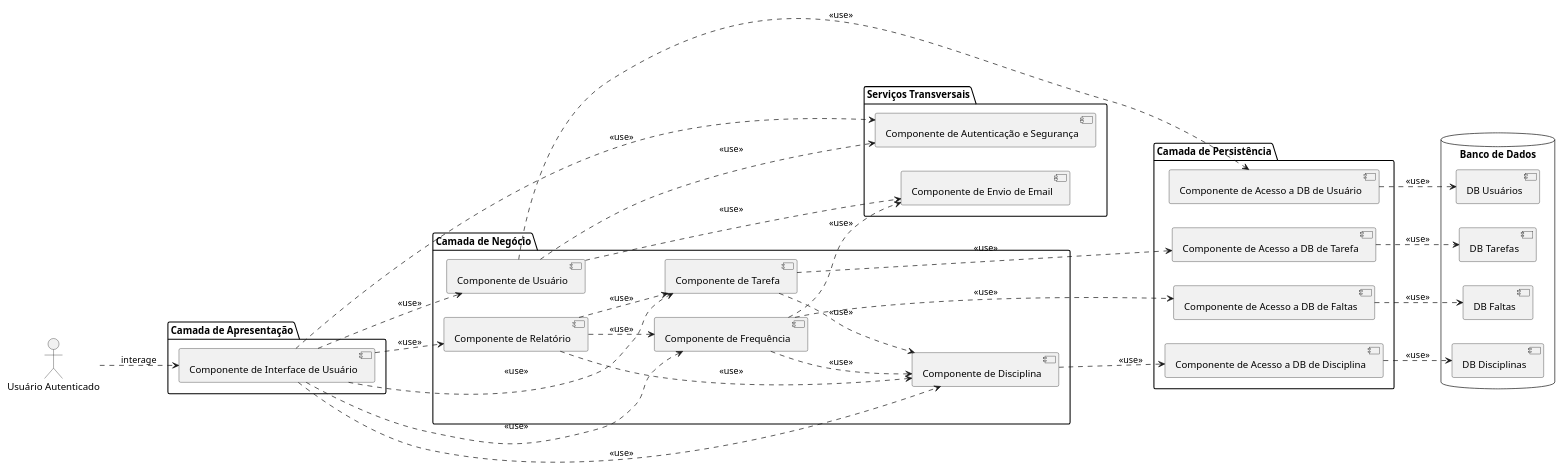
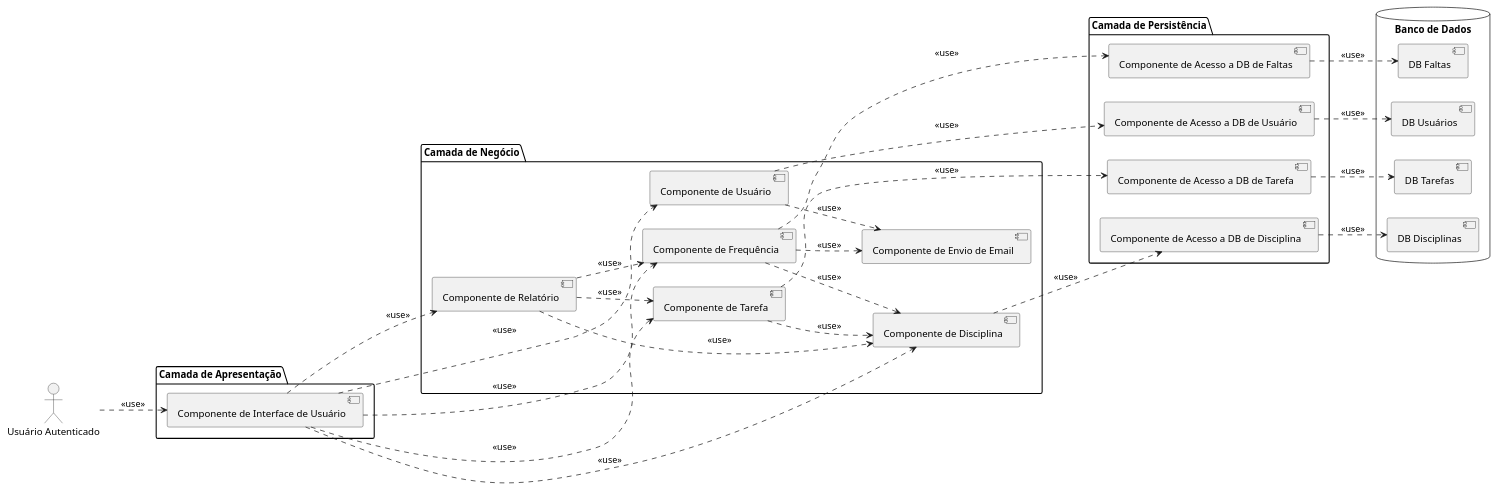
Before and after one commit to fcolona/ProjetoFinalAPOO: the diagram in componentes.puml, drawn with PlantUML. The commit also changed 1 other file, not shown here.

```diff
--- a/componentes.puml
+++ b/componentes.puml
@@ -1,78 +1,72 @@
 @startuml "Componentes"
 left to right direction
 ' -- Definição dos Elementos --
 
 actor :Usuário Autenticado: as user
 
 package "Camada de Apresentação" {
     [Componente de Interface de Usuário] as comp_interface
 }
 
 package "Camada de Negócio" {
     [Componente de Usuário] as comp_user
     [Componente de Disciplina] as comp_disc
     [Componente de Tarefa] as comp_task
     [Componente de Frequência] as comp_freq
     [Componente de Relatório] as comp_dashboard
-}
-
-package "Serviços Transversais" {
     [Componente de Envio de Email] as comp_email
-    [Componente de Autenticação e Segurança] as comp_auth
 }
 
 package "Camada de Persistência" {
     [Componente de Acesso a DB de Usuário] as access_user
     [Componente de Acesso a DB de Disciplina] as access_disc
     [Componente de Acesso a DB de Tarefa] as access_task
     [Componente de Acesso a DB de Faltas] as access_freq
 }
 
 database "Banco de Dados" {
     [DB Usuários]
     [DB Disciplinas]
     [DB Tarefas]
     [DB Faltas]
 }
 
 ' -- Relações --
 
 ' 1. Usuário interage com a interface
-user ..> comp_interface : interage
+user ..> comp_interface : <<use>>
 
 ' 2. Interface chama os controladores de negócio
-comp_interface ..> comp_auth : <<use>>
 comp_interface ..> comp_user : <<use>>
 comp_interface ..> comp_disc : <<use>>
 comp_interface ..> comp_task : <<use>>
 comp_interface ..> comp_freq : <<use>>
 comp_interface ..> comp_dashboard : <<use>>
 
 ' 3. Dependências entre Componentes de Negócio
 ' Uma tarefa precisa estar vinculada a uma disciplina
 comp_task ..> comp_disc : <<use>>
 ' A frequência é registrada dentro de uma disciplina
 comp_freq ..> comp_disc : <<use>>
 
-' 4. Dashboard agrega dados
+' 4. Relatório agrega dados
 comp_dashboard ..> comp_disc : <<use>>
 comp_dashboard ..> comp_task : <<use>>
 comp_dashboard ..> comp_freq : <<use>>
 
 ' 5. Serviços Transversais
 comp_user ..> comp_email : <<use>>
 comp_freq ..> comp_email : <<use>>
-comp_user ..> comp_auth : <<use>>
 
 ' 6. Conexão Negócio -> Persistência
 comp_user ..> access_user : <<use>>
 comp_disc ..> access_disc : <<use>>
 comp_task ..> access_task : <<use>>
 comp_freq ..> access_freq : <<use>>
 
 ' 7. Conexão Persistência -> Banco de Dados
 access_user ..> [DB Usuários] : <<use>>
 access_disc ..> [DB Disciplinas] : <<use>>
 access_task ..> [DB Tarefas] : <<use>>
 access_freq ..> [DB Faltas] : <<use>>
 @enduml
```
